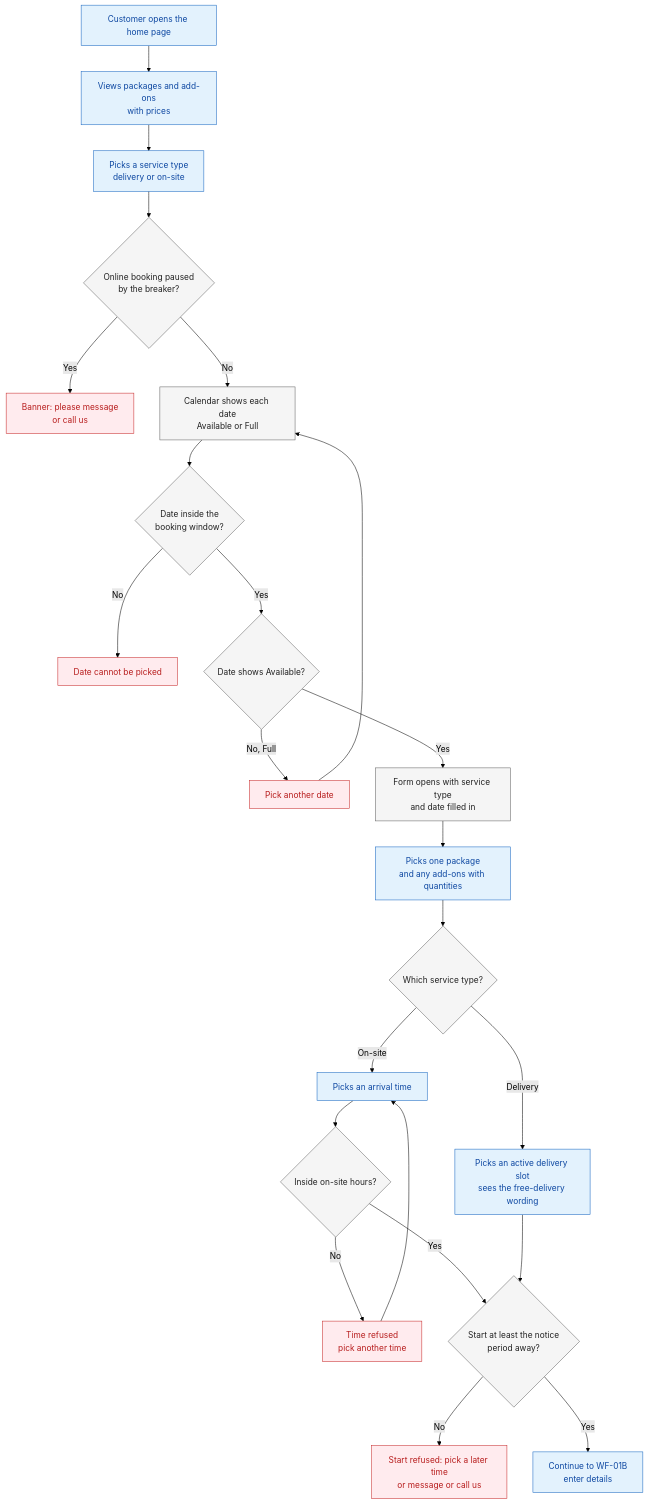
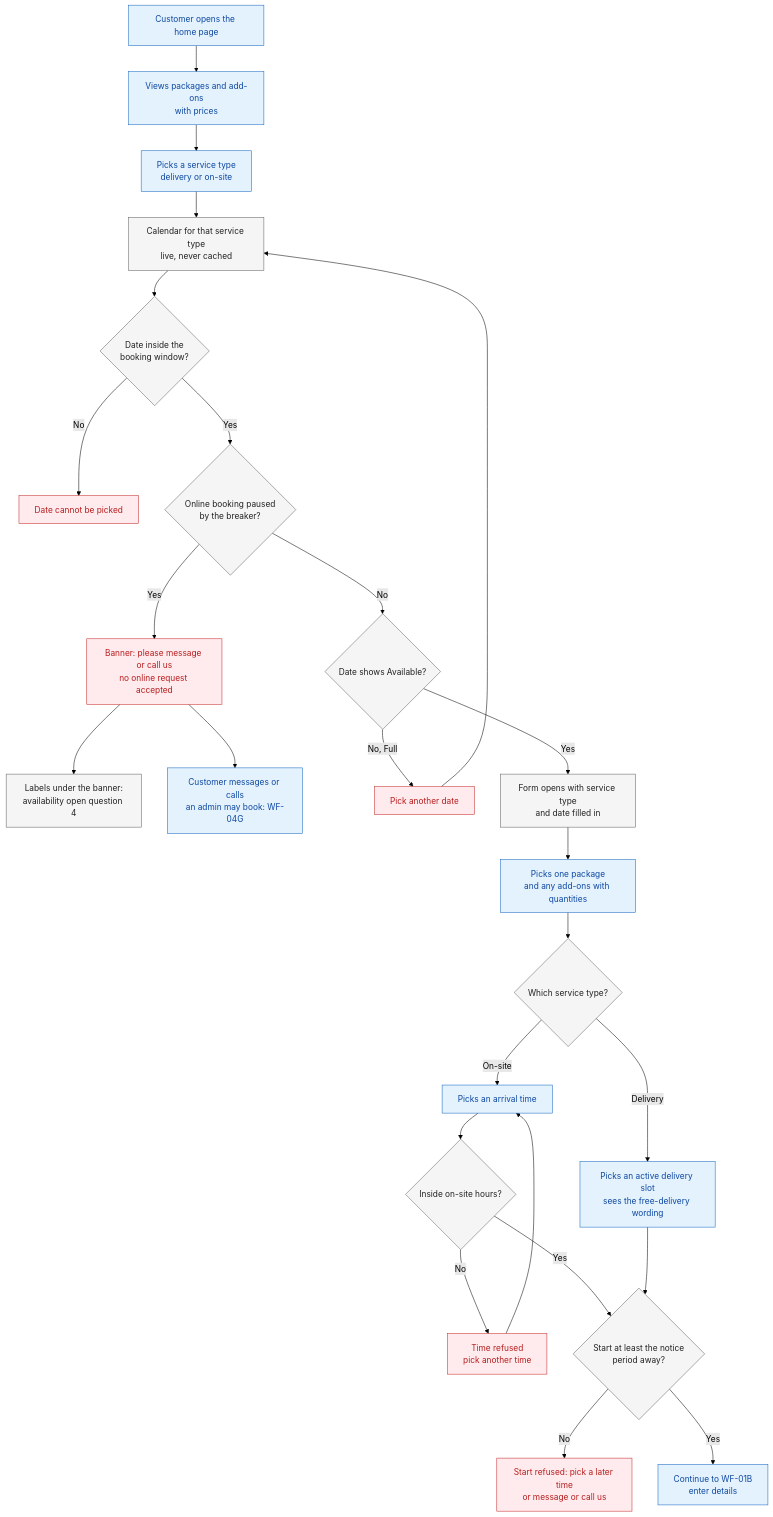
One commit to DevNarvs/kasoundbox-2026 changed the second of 8 diagrams in docs/03-workflows/booking-and-submission.md. Above: the diagram before and after it, drawn with Mermaid (forest theme). The commit also changed other lines of this file and 6 other files, not shown here.

````diff
--- a/docs/03-workflows/booking-and-submission.md
+++ b/docs/03-workflows/booking-and-submission.md
@@ -117,33 +120,35 @@
 ```mermaid
 flowchart TD
     A1["Customer opens the home page"] --> A2["Views packages and add-ons<br/>with prices"]
     A2 --> A3["Picks a service type<br/>delivery or on-site"]
-    A3 --> D1{"Online booking paused<br/>by the breaker?"}
-    D1 -->|"Yes"| X1["Banner: please message<br/>or call us"]
-    D1 -->|"No"| A4["Calendar shows each date<br/>Available or Full"]
+    A3 --> A4["Calendar for that service type<br/>live, never cached"]
     A4 --> D2{"Date inside the<br/>booking window?"}
     D2 -->|"No"| X2["Date cannot be picked"]
-    D2 -->|"Yes"| D3{"Date shows Available?"}
+    D2 -->|"Yes"| D1{"Online booking paused<br/>by the breaker?"}
+    D1 -->|"Yes"| X1["Banner: please message or call us<br/>no online request accepted"]
+    X1 --> N1["Labels under the banner:<br/>availability open question 4"]
+    X1 --> A10["Customer messages or calls<br/>an admin may book: WF-04G"]
+    D1 -->|"No"| D3{"Date shows Available?"}
     D3 -->|"No, Full"| X3["Pick another date"]
     X3 --> A4
     D3 -->|"Yes"| A5["Form opens with service type<br/>and date filled in"]
     A5 --> A6["Picks one package<br/>and any add-ons with quantities"]
     A6 --> D4{"Which service type?"}
     D4 -->|"Delivery"| A7["Picks an active delivery slot<br/>sees the free-delivery wording"]
     D4 -->|"On-site"| A8["Picks an arrival time"]
     A8 --> D5{"Inside on-site hours?"}
     D5 -->|"No"| X4["Time refused<br/>pick another time"]
     X4 --> A8
     D5 -->|"Yes"| D6{"Start at least the notice<br/>period away?"}
     A7 --> D6
     D6 -->|"No"| X5["Start refused: pick a later time<br/>or message or call us"]
     D6 -->|"Yes"| A9["Continue to WF-01B<br/>enter details"]
     classDef customer fill:#e3f2fd,stroke:#1565c0,color:#0d47a1
     classDef system fill:#f5f5f5,stroke:#616161,color:#212121
     classDef admin fill:#fff3e0,stroke:#ef6c00,color:#e65100
     classDef status fill:#e8f5e9,stroke:#2e7d32,color:#1b5e20
     classDef failure fill:#ffebee,stroke:#c62828,color:#b71c1c
-    class A1,A2,A3,A6,A7,A8,A9 customer
-    class D1,A4,D2,D3,A5,D4,D5,D6 system
+    class A1,A2,A3,A6,A7,A8,A9,A10 customer
+    class D1,A4,D2,D3,A5,D4,D5,D6,N1 system
     class X1,X2,X3,X4,X5 failure
 ```
````
